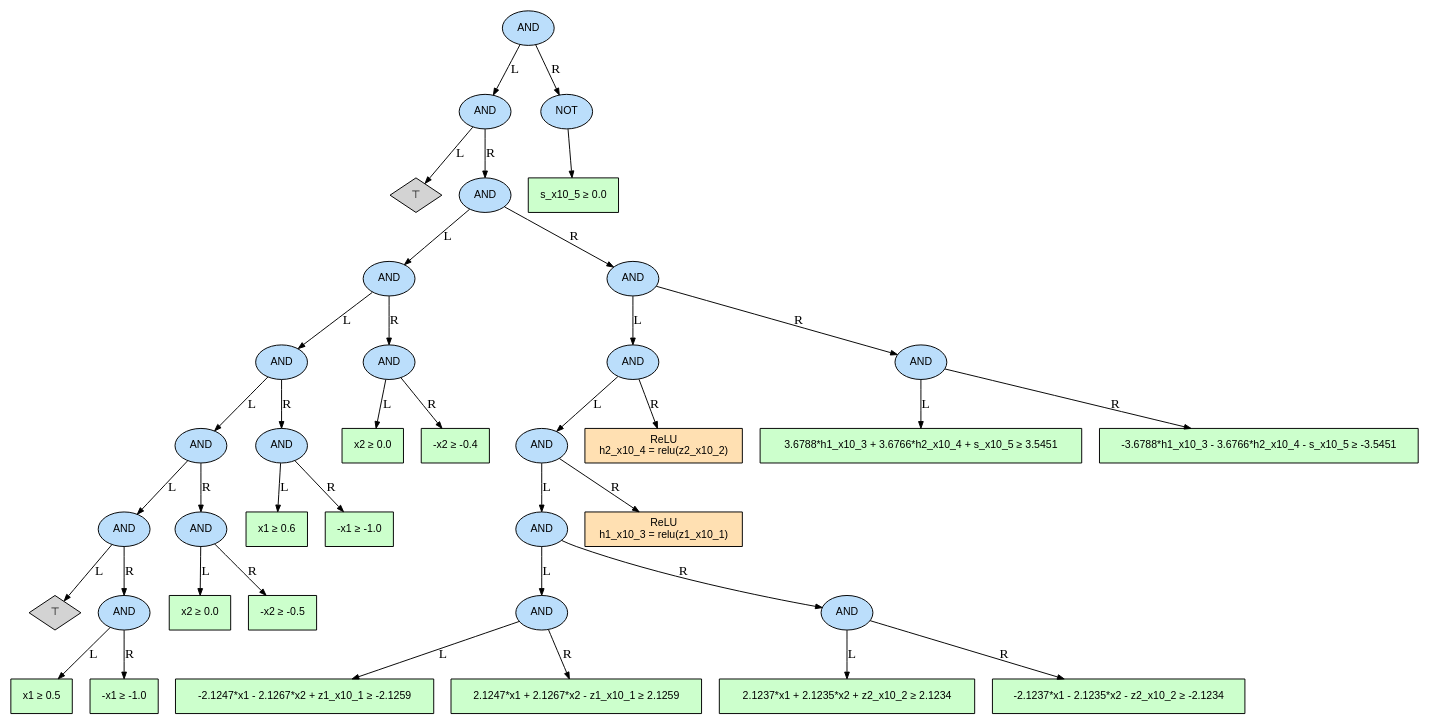
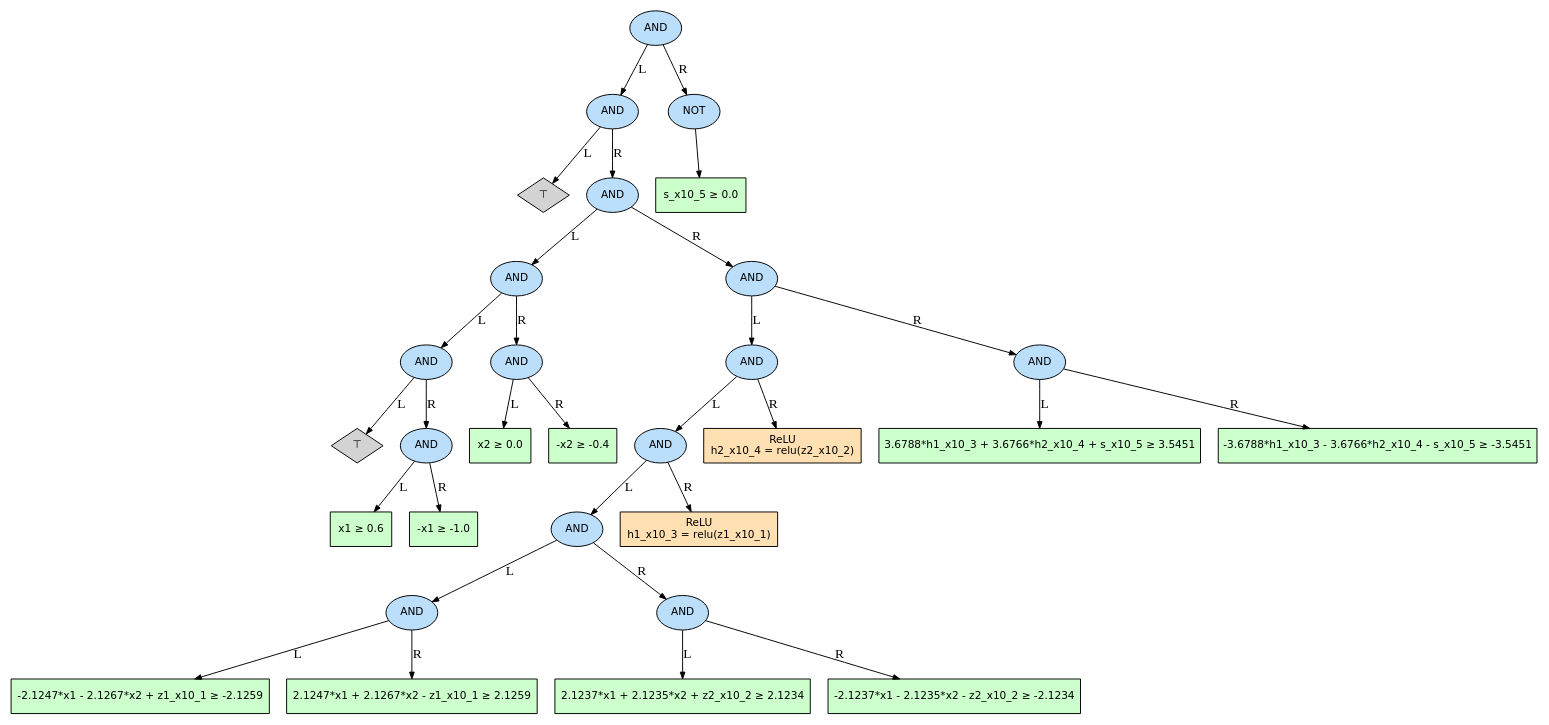
Before and after one commit to songheon2/Ai_verification: the diagram in visualize_precise_prop/case_10/precise_search_case10_attempt1_tree.dot, drawn with Graphviz. The commit also changed 49 other files, not shown here.

```diff
--- a/visualize_precise_prop/case_10/precise_search_case10_attempt1_tree.dot
+++ b/visualize_precise_prop/case_10/precise_search_case10_attempt1_tree.dot
@@ -1,80 +1,64 @@
 digraph precise_search_case10_attempt1_tree {
   rankdir=TB;
-  node [fontname="Helvetica", fontsize=11];
+  node [fontname="DejaVu Sans", fontsize=11];
   edge [arrowsize=0.7];
   n0 [label="AND", shape=ellipse, style=filled, fillcolor="#bbdefb"];
   n1 [label="AND", shape=ellipse, style=filled, fillcolor="#bbdefb"];
   n2 [label="⊤", shape=diamond, style=filled, fillcolor="#d3d3d3"];
   n3 [label="AND", shape=ellipse, style=filled, fillcolor="#bbdefb"];
   n4 [label="AND", shape=ellipse, style=filled, fillcolor="#bbdefb"];
   n5 [label="AND", shape=ellipse, style=filled, fillcolor="#bbdefb"];
-  n6 [label="AND", shape=ellipse, style=filled, fillcolor="#bbdefb"];
+  n6 [label="⊤", shape=diamond, style=filled, fillcolor="#d3d3d3"];
   n7 [label="AND", shape=ellipse, style=filled, fillcolor="#bbdefb"];
-  n8 [label="⊤", shape=diamond, style=filled, fillcolor="#d3d3d3"];
-  n9 [label="AND", shape=ellipse, style=filled, fillcolor="#bbdefb"];
-  n10 [label="x1 ≥ 0.5", shape=box, style=filled, fillcolor="#ccffcc"];
-  n11 [label="-x1 ≥ -1.0", shape=box, style=filled, fillcolor="#ccffcc"];
-  n9 -> n10 [label="L"];
-  n9 -> n11 [label="R"];
+  n8 [label="x1 ≥ 0.6", shape=box, style=filled, fillcolor="#ccffcc"];
+  n9 [label="-x1 ≥ -1.0", shape=box, style=filled, fillcolor="#ccffcc"];
   n7 -> n8 [label="L"];
   n7 -> n9 [label="R"];
-  n12 [label="AND", shape=ellipse, style=filled, fillcolor="#bbdefb"];
-  n13 [label="x2 ≥ 0.0", shape=box, style=filled, fillcolor="#ccffcc"];
-  n14 [label="-x2 ≥ -0.5", shape=box, style=filled, fillcolor="#ccffcc"];
-  n12 -> n13 [label="L"];
-  n12 -> n14 [label="R"];
-  n6 -> n7 [label="L"];
-  n6 -> n12 [label="R"];
+  n5 -> n6 [label="L"];
+  n5 -> n7 [label="R"];
+  n10 [label="AND", shape=ellipse, style=filled, fillcolor="#bbdefb"];
+  n11 [label="x2 ≥ 0.0", shape=box, style=filled, fillcolor="#ccffcc"];
+  n12 [label="-x2 ≥ -0.4", shape=box, style=filled, fillcolor="#ccffcc"];
+  n10 -> n11 [label="L"];
+  n10 -> n12 [label="R"];
+  n4 -> n5 [label="L"];
+  n4 -> n10 [label="R"];
+  n13 [label="AND", shape=ellipse, style=filled, fillcolor="#bbdefb"];
+  n14 [label="AND", shape=ellipse, style=filled, fillcolor="#bbdefb"];
   n15 [label="AND", shape=ellipse, style=filled, fillcolor="#bbdefb"];
-  n16 [label="x1 ≥ 0.6", shape=box, style=filled, fillcolor="#ccffcc"];
-  n17 [label="-x1 ≥ -1.0", shape=box, style=filled, fillcolor="#ccffcc"];
+  n16 [label="AND", shape=ellipse, style=filled, fillcolor="#bbdefb"];
+  n17 [label="AND", shape=ellipse, style=filled, fillcolor="#bbdefb"];
+  n18 [label="-2.1247*x1 - 2.1267*x2 + z1_x10_1 ≥ -2.1259", shape=box, style=filled, fillcolor="#ccffcc"];
+  n19 [label="2.1247*x1 + 2.1267*x2 - z1_x10_1 ≥ 2.1259", shape=box, style=filled, fillcolor="#ccffcc"];
+  n17 -> n18 [label="L"];
+  n17 -> n19 [label="R"];
+  n20 [label="AND", shape=ellipse, style=filled, fillcolor="#bbdefb"];
+  n21 [label="2.1237*x1 + 2.1235*x2 + z2_x10_2 ≥ 2.1234", shape=box, style=filled, fillcolor="#ccffcc"];
+  n22 [label="-2.1237*x1 - 2.1235*x2 - z2_x10_2 ≥ -2.1234", shape=box, style=filled, fillcolor="#ccffcc"];
+  n20 -> n21 [label="L"];
+  n20 -> n22 [label="R"];
+  n16 -> n17 [label="L"];
+  n16 -> n20 [label="R"];
+  n23 [label="ReLU\nh1_x10_3 = relu(z1_x10_1)", shape=box, style=filled, fillcolor="#ffe0b2"];
   n15 -> n16 [label="L"];
-  n15 -> n17 [label="R"];
-  n5 -> n6 [label="L"];
-  n5 -> n15 [label="R"];
-  n18 [label="AND", shape=ellipse, style=filled, fillcolor="#bbdefb"];
-  n19 [label="x2 ≥ 0.0", shape=box, style=filled, fillcolor="#ccffcc"];
-  n20 [label="-x2 ≥ -0.4", shape=box, style=filled, fillcolor="#ccffcc"];
-  n18 -> n19 [label="L"];
-  n18 -> n20 [label="R"];
-  n4 -> n5 [label="L"];
-  n4 -> n18 [label="R"];
-  n21 [label="AND", shape=ellipse, style=filled, fillcolor="#bbdefb"];
-  n22 [label="AND", shape=ellipse, style=filled, fillcolor="#bbdefb"];
-  n23 [label="AND", shape=ellipse, style=filled, fillcolor="#bbdefb"];
-  n24 [label="AND", shape=ellipse, style=filled, fillcolor="#bbdefb"];
+  n15 -> n23 [label="R"];
+  n24 [label="ReLU\nh2_x10_4 = relu(z2_x10_2)", shape=box, style=filled, fillcolor="#ffe0b2"];
+  n14 -> n15 [label="L"];
+  n14 -> n24 [label="R"];
   n25 [label="AND", shape=ellipse, style=filled, fillcolor="#bbdefb"];
-  n26 [label="-2.1247*x1 - 2.1267*x2 + z1_x10_1 ≥ -2.1259", shape=box, style=filled, fillcolor="#ccffcc"];
-  n27 [label="2.1247*x1 + 2.1267*x2 - z1_x10_1 ≥ 2.1259", shape=box, style=filled, fillcolor="#ccffcc"];
+  n26 [label="3.6788*h1_x10_3 + 3.6766*h2_x10_4 + s_x10_5 ≥ 3.5451", shape=box, style=filled, fillcolor="#ccffcc"];
+  n27 [label="-3.6788*h1_x10_3 - 3.6766*h2_x10_4 - s_x10_5 ≥ -3.5451", shape=box, style=filled, fillcolor="#ccffcc"];
   n25 -> n26 [label="L"];
   n25 -> n27 [label="R"];
-  n28 [label="AND", shape=ellipse, style=filled, fillcolor="#bbdefb"];
-  n29 [label="2.1237*x1 + 2.1235*x2 + z2_x10_2 ≥ 2.1234", shape=box, style=filled, fillcolor="#ccffcc"];
-  n30 [label="-2.1237*x1 - 2.1235*x2 - z2_x10_2 ≥ -2.1234", shape=box, style=filled, fillcolor="#ccffcc"];
-  n28 -> n29 [label="L"];
-  n28 -> n30 [label="R"];
-  n24 -> n25 [label="L"];
-  n24 -> n28 [label="R"];
-  n31 [label="ReLU\nh1_x10_3 = relu(z1_x10_1)", shape=box, style=filled, fillcolor="#ffe0b2"];
-  n23 -> n24 [label="L"];
-  n23 -> n31 [label="R"];
-  n32 [label="ReLU\nh2_x10_4 = relu(z2_x10_2)", shape=box, style=filled, fillcolor="#ffe0b2"];
-  n22 -> n23 [label="L"];
-  n22 -> n32 [label="R"];
-  n33 [label="AND", shape=ellipse, style=filled, fillcolor="#bbdefb"];
-  n34 [label="3.6788*h1_x10_3 + 3.6766*h2_x10_4 + s_x10_5 ≥ 3.5451", shape=box, style=filled, fillcolor="#ccffcc"];
-  n35 [label="-3.6788*h1_x10_3 - 3.6766*h2_x10_4 - s_x10_5 ≥ -3.5451", shape=box, style=filled, fillcolor="#ccffcc"];
-  n33 -> n34 [label="L"];
-  n33 -> n35 [label="R"];
-  n21 -> n22 [label="L"];
-  n21 -> n33 [label="R"];
+  n13 -> n14 [label="L"];
+  n13 -> n25 [label="R"];
   n3 -> n4 [label="L"];
-  n3 -> n21 [label="R"];
+  n3 -> n13 [label="R"];
   n1 -> n2 [label="L"];
   n1 -> n3 [label="R"];
-  n36 [label="NOT", shape=ellipse, style=filled, fillcolor="#bbdefb"];
-  n37 [label="s_x10_5 ≥ 0.0", shape=box, style=filled, fillcolor="#ccffcc"];
-  n36 -> n37;
+  n28 [label="NOT", shape=ellipse, style=filled, fillcolor="#bbdefb"];
+  n29 [label="s_x10_5 ≥ 0.0", shape=box, style=filled, fillcolor="#ccffcc"];
+  n28 -> n29;
   n0 -> n1 [label="L"];
-  n0 -> n36 [label="R"];
+  n0 -> n28 [label="R"];
 }
```
